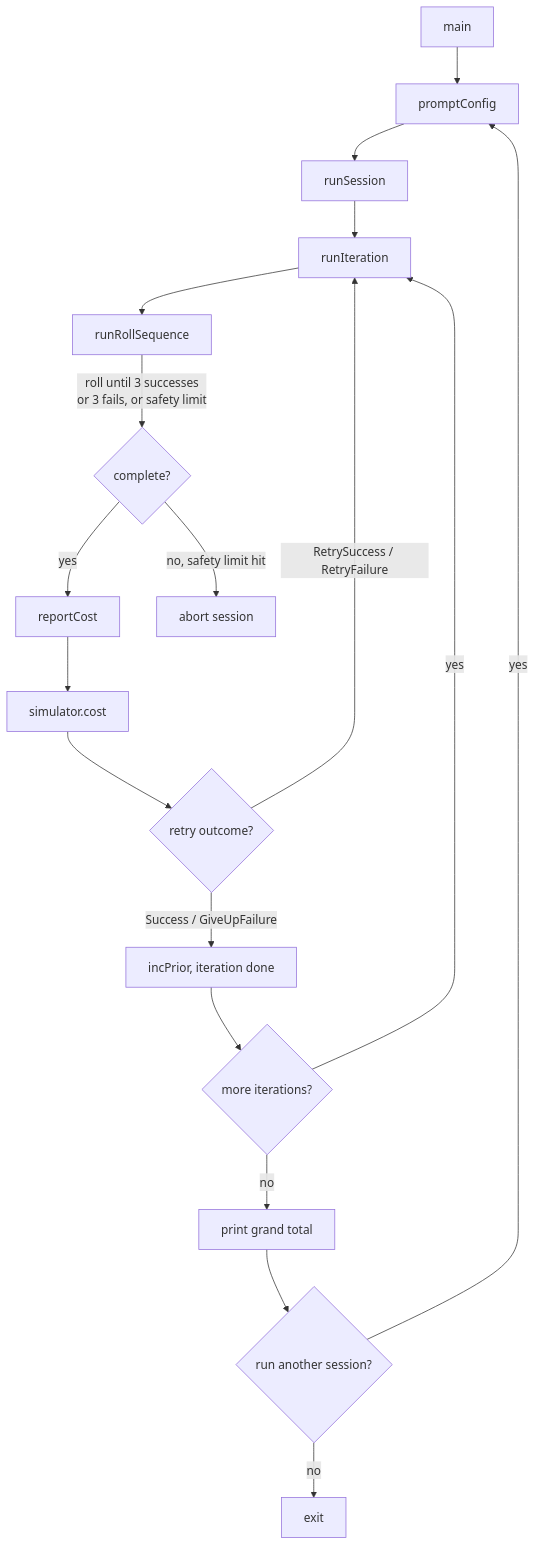
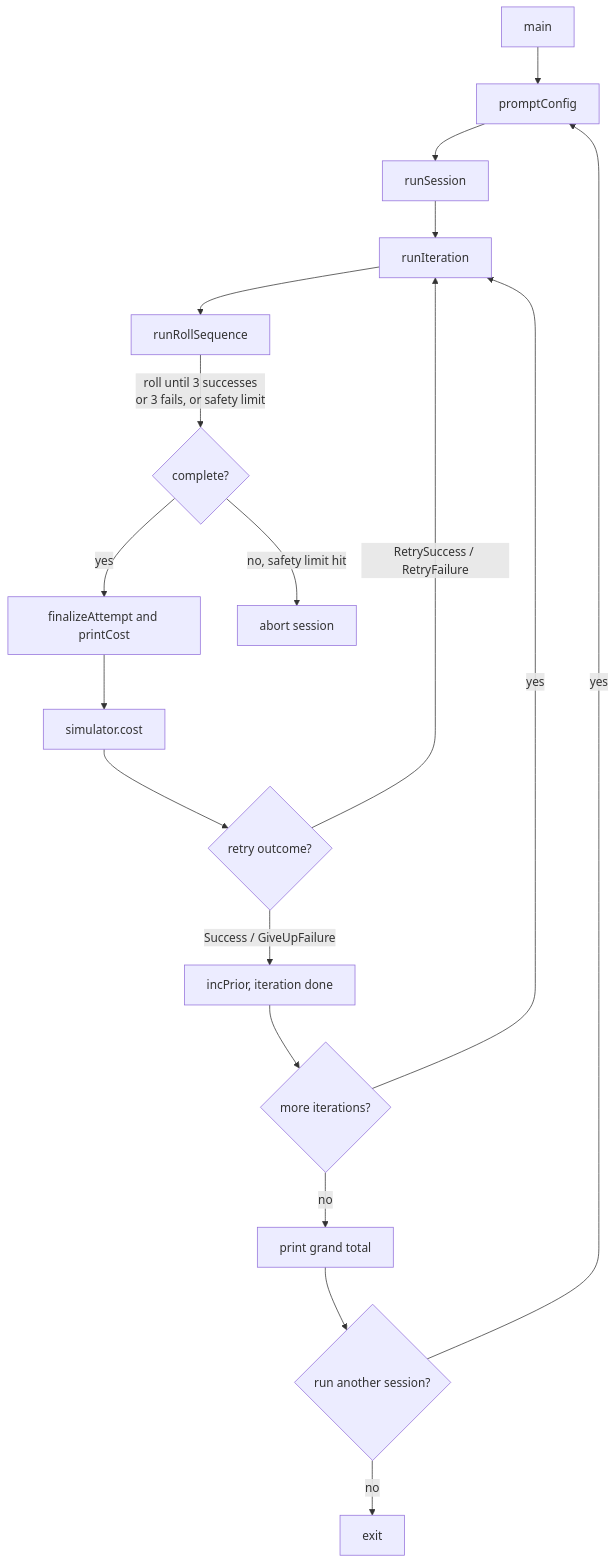
The diagram in docs/DEVELOPER_GUIDE.md (VeryPoly/cap-rnd), drawn with Mermaid before and after one commit. The commit also changed other lines of this file and 8 other files, not shown here.

````diff
--- a/docs/DEVELOPER_GUIDE.md
+++ b/docs/DEVELOPER_GUIDE.md
@@ -29,20 +29,20 @@
 ```mermaid
 flowchart TD
     A[main] --> B[promptConfig]
     B --> C[runSession]
     C --> D[runIteration]
     D --> E[runRollSequence]
     E -->|roll until 3 successes<br/>or 3 fails, or safety limit| F{complete?}
-    F -->|yes| G[reportCost]
+    F -->|yes| G[finalizeAttempt and printCost]
     F -->|no, safety limit hit| H[abort session]
     G --> I[simulator.cost]
     I --> J{retry outcome?}
     J -->|RetrySuccess / RetryFailure| D
     J -->|Success / GiveUpFailure| K[incPrior, iteration done]
     K --> L{more iterations?}
     L -->|yes| D
     L -->|no| M[print grand total]
     M --> N{run another session?}
     N -->|yes| B
     N -->|no| O[exit]
 ```
````
